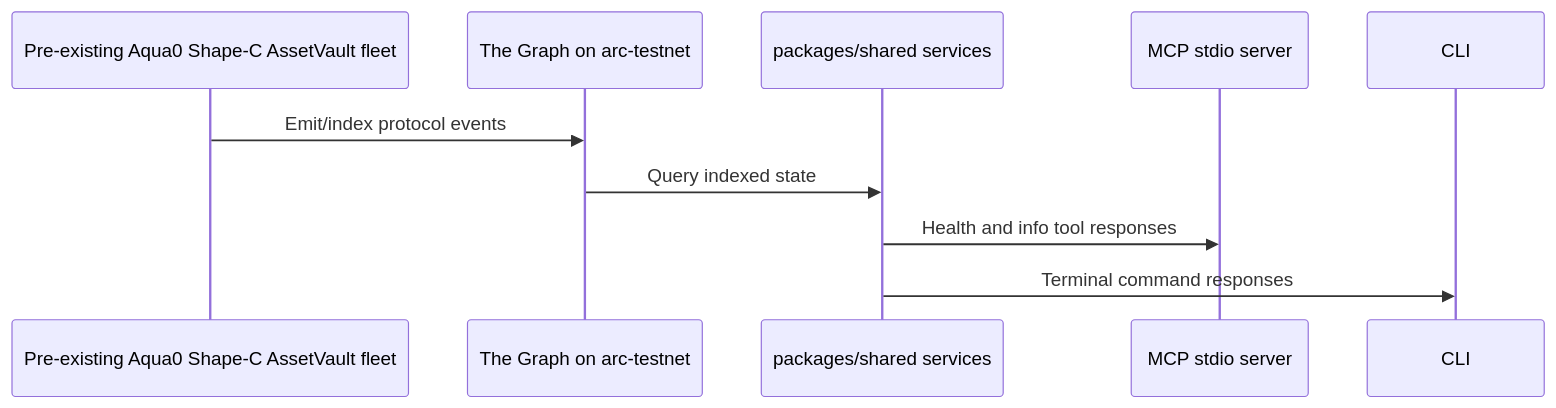
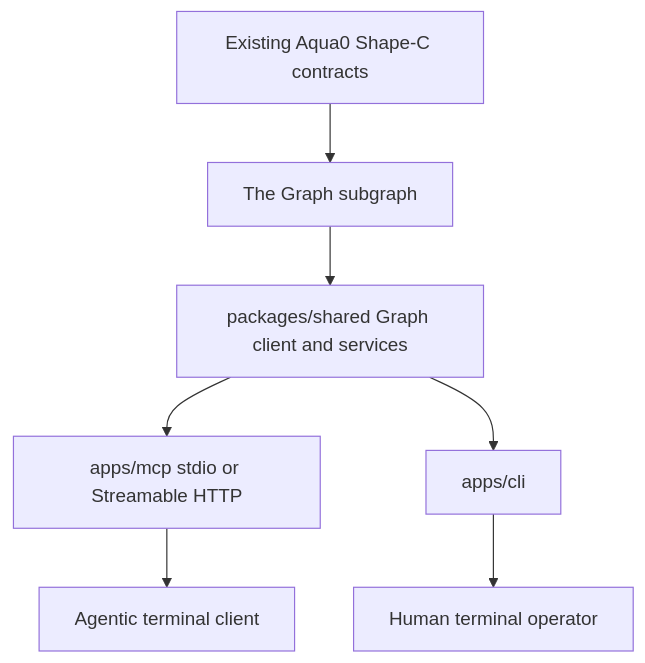
Before and after one commit to Aqua0-fi/aqua0-ethglobal: the diagram in docs/ARCHITECTURE.md, drawn with Mermaid. The commit also changed other lines of this file and 19 other files, not shown here.

Commit message:
feat: make Graph analytics load-bearing in MCP

````diff
--- a/docs/ARCHITECTURE.md
+++ b/docs/ARCHITECTURE.md
@@ -27,13 +9,17 @@
 ```mermaid
-sequenceDiagram
-  participant Vaults as Pre-existing Aqua0 Shape-C AssetVault fleet
-  participant Graph as The Graph on arc-testnet
-  participant Shared as packages/shared services
-  participant MCP as MCP stdio server
-  participant CLI as CLI
+flowchart TD
+  Contracts[Existing Aqua0 Shape-C contracts]
+  Graph[The Graph subgraph]
+  Shared[packages/shared Graph client and services]
+  MCP[apps/mcp stdio or Streamable HTTP]
+  CLI[apps/cli]
+  Agent[Agentic terminal client]
+  Human[Human terminal operator]
 
-  Vaults->>Graph: Emit/index protocol events
-  Graph->>Shared: Query indexed state
-  Shared->>MCP: Health and info tool responses
-  Shared->>CLI: Terminal command responses
+  Contracts --> Graph
+  Graph --> Shared
+  Shared --> MCP
+  Shared --> CLI
+  MCP --> Agent
+  CLI --> Human
 ```
````
